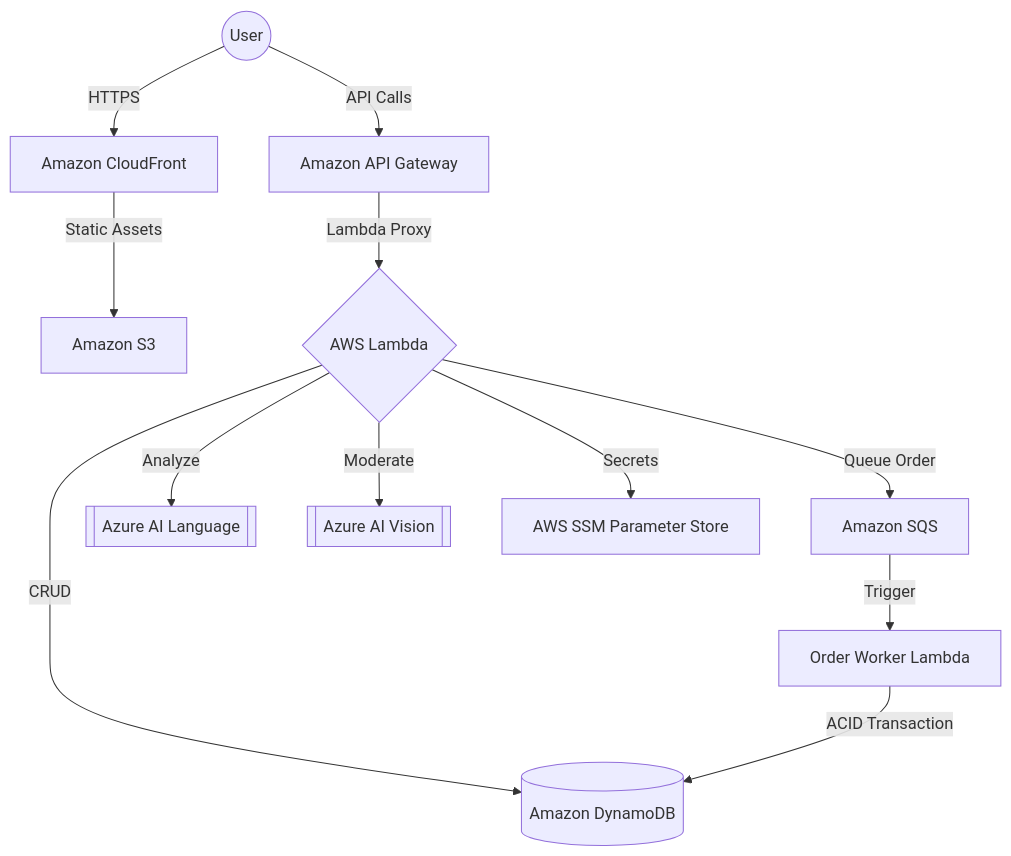
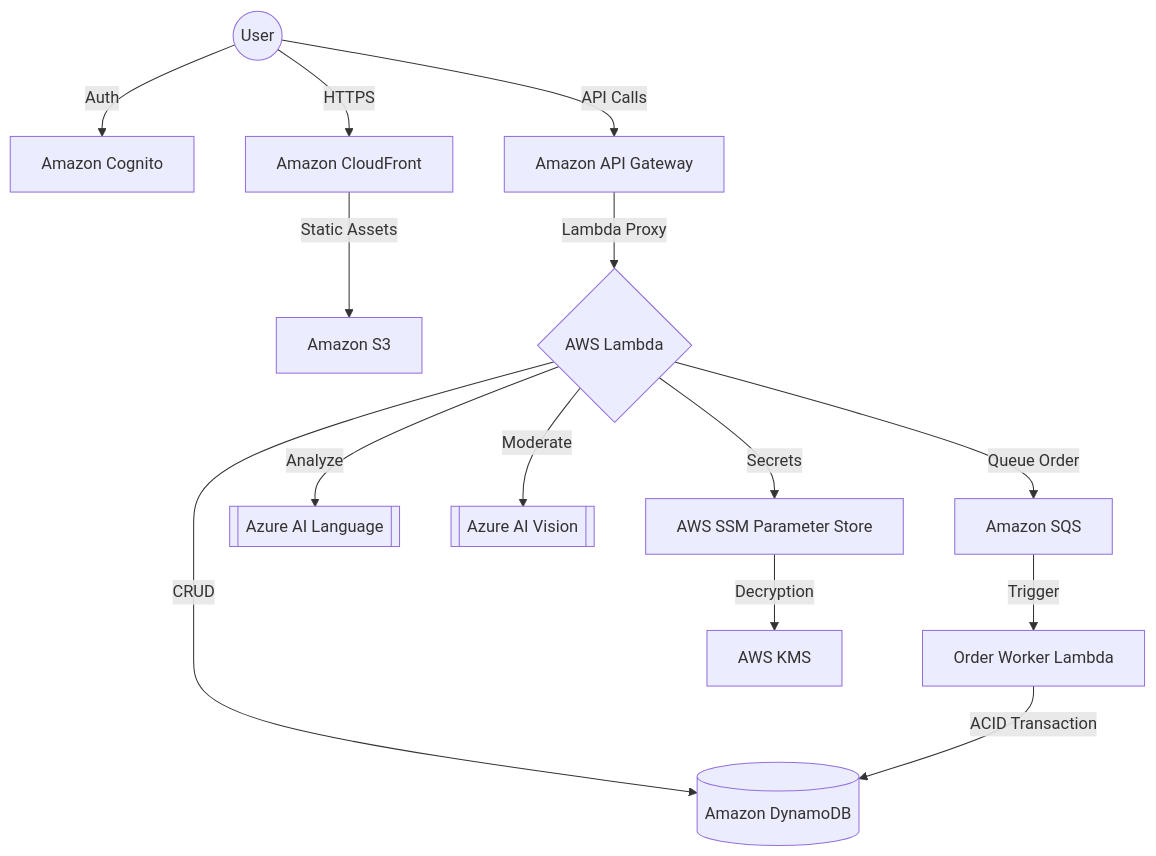
The diagram in README.md (BAT4K/scholarkit-cloud), drawn with Mermaid before and after one commit.

Commit message:
docs: include Cognito and KMS in the architecture diagram

````diff
--- a/README.md
+++ b/README.md
@@ -11,14 +11,16 @@
 ```mermaid
 graph TD
-    User((User)) -->|HTTPS| CF[Amazon CloudFront]
+    User((User)) -->|Auth| Cognito[Amazon Cognito]
+    User -->|HTTPS| CF[Amazon CloudFront]
     CF -->|Static Assets| S3[Amazon S3]
     User -->|API Calls| APIGW[Amazon API Gateway]
     APIGW -->|Lambda Proxy| Lambda{AWS Lambda}
     Lambda -->|CRUD| DynamoDB[(Amazon DynamoDB)]
     Lambda -->|Queue Order| SQS[Amazon SQS]
     SQS -->|Trigger| Worker[Order Worker Lambda]
     Worker -->|ACID Transaction| DynamoDB
     Lambda -->|Analyze| AzureAI[[Azure AI Language]]
     Lambda -->|Moderate| AzureVision[[Azure AI Vision]]
     Lambda -->|Secrets| SSM[AWS SSM Parameter Store]
+    SSM -->|Decryption| KMS[AWS KMS]
 ```
````
